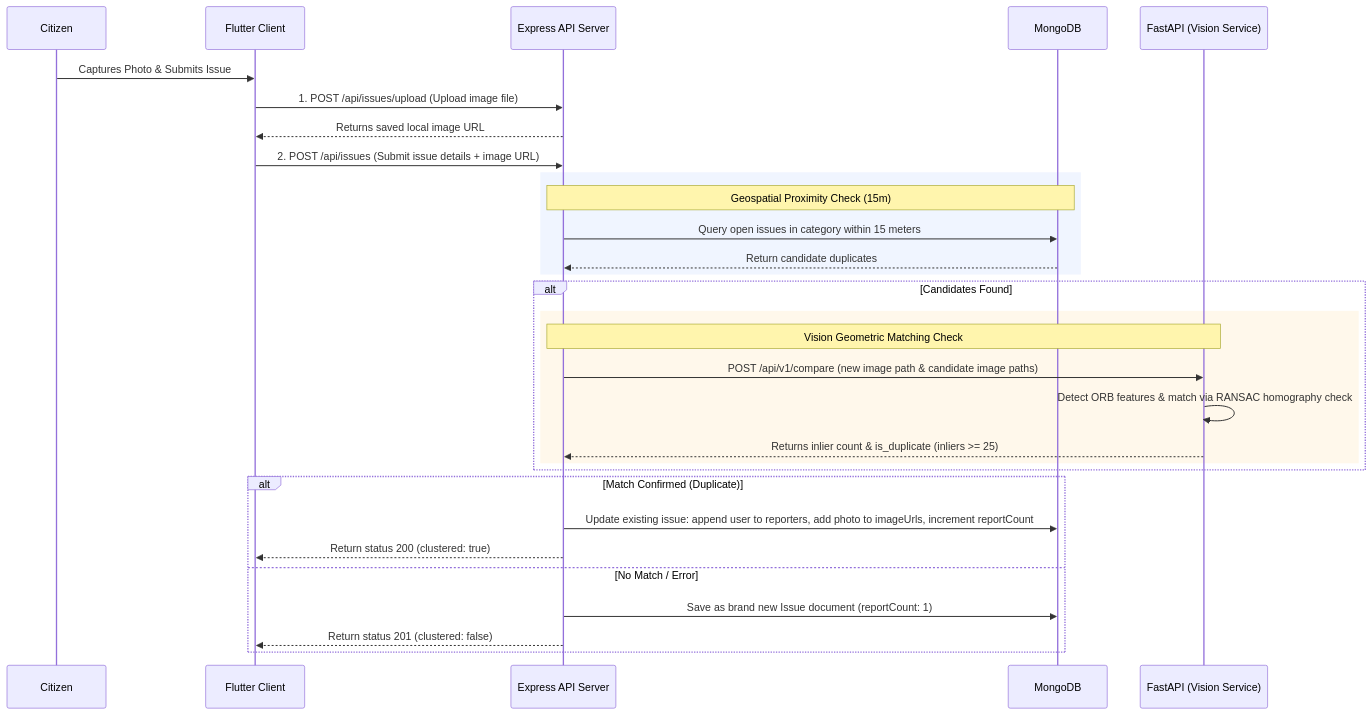
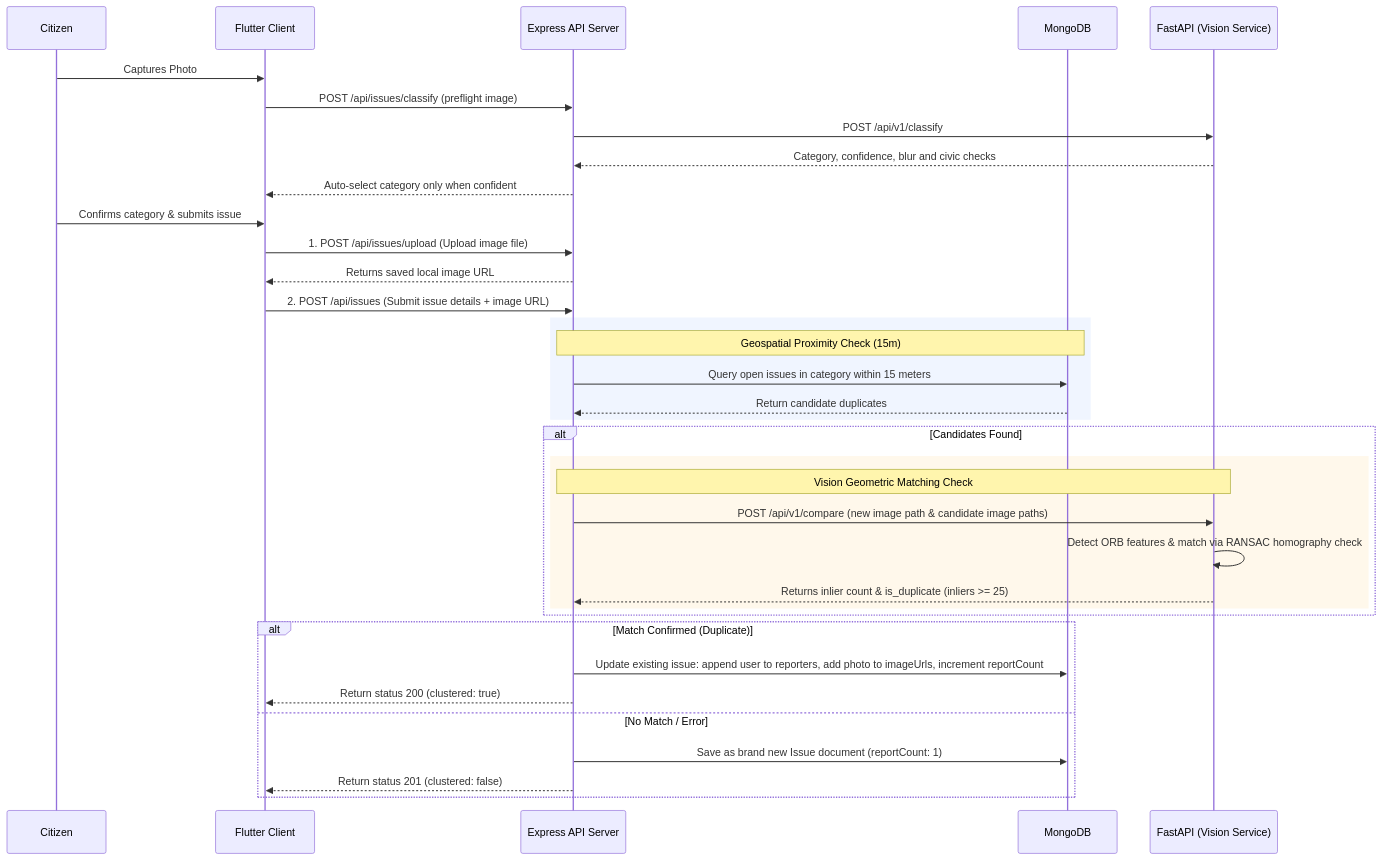
The diagram in docs/clustering_engine.md (Varunpatel586/Civic_Connect), drawn with Mermaid before and after one commit. The commit also changed other lines of this file and 14 other files, not shown here.

````diff
--- a/docs/clustering_engine.md
+++ b/docs/clustering_engine.md
@@ -11,36 +11,41 @@
 ```mermaid
 sequenceDiagram
     participant User as Citizen
     participant Client as Flutter Client
     participant Express as Express API Server
     participant DB as MongoDB
     participant AI as FastAPI (Vision Service)
 
-    User->>Client: Captures Photo & Submits Issue
+    User->>Client: Captures Photo
+    Client->>Express: POST /api/issues/classify (preflight image)
+    Express->>AI: POST /api/v1/classify
+    AI-->>Express: Category, confidence, blur and civic checks
+    Express-->>Client: Auto-select category only when confident
+    User->>Client: Confirms category & submits issue
     Client->>Express: 1. POST /api/issues/upload (Upload image file)
     Express-->>Client: Returns saved local image URL
     Client->>Express: 2. POST /api/issues (Submit issue details + image URL)
     
     rect rgb(240, 245, 255)
         Note over Express,DB: Geospatial Proximity Check (15m)
         Express->>DB: Query open issues in category within 15 meters
         DB-->>Express: Return candidate duplicates
     end
 
     alt Candidates Found
         rect rgb(255, 248, 235)
             Note over Express,AI: Vision Geometric Matching Check
             Express->>AI: POST /api/v1/compare (new image path & candidate image paths)
             AI->>AI: Detect ORB features & match via RANSAC homography check
             AI-->>Express: Returns inlier count & is_duplicate (inliers >= 25)
         end
     end
 
     alt Match Confirmed (Duplicate)
         Express->>DB: Update existing issue: append user to reporters, add photo to imageUrls, increment reportCount
         Express-->>Client: Return status 200 (clustered: true)
     else No Match / Error
         Express->>DB: Save as brand new Issue document (reportCount: 1)
         Express-->>Client: Return status 201 (clustered: false)
     end
 ```
````
